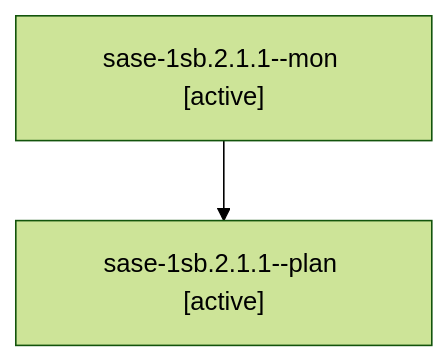
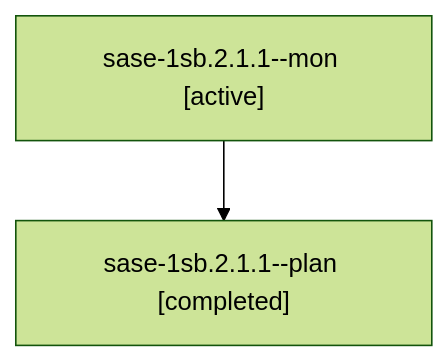
Before and after one commit to sase-org/sase--agents: the diagram in sessions/bbugyi200.athena.sase-1sb.2.1.1.md, drawn with Mermaid (forest theme). The commit also changed other lines of this file and 32 other files, not shown here.

````diff
--- a/sessions/bbugyi200.athena.sase-1sb.2.1.1.md
+++ b/sessions/bbugyi200.athena.sase-1sb.2.1.1.md
@@ -9,6 +9,6 @@
 ```mermaid
 flowchart TD
   n0["sase-1sb.2.1.1--mon [active]"]
-  n1["sase-1sb.2.1.1--plan [active]"]
+  n1["sase-1sb.2.1.1--plan [completed]"]
   n0 --> n1
 ```
````
